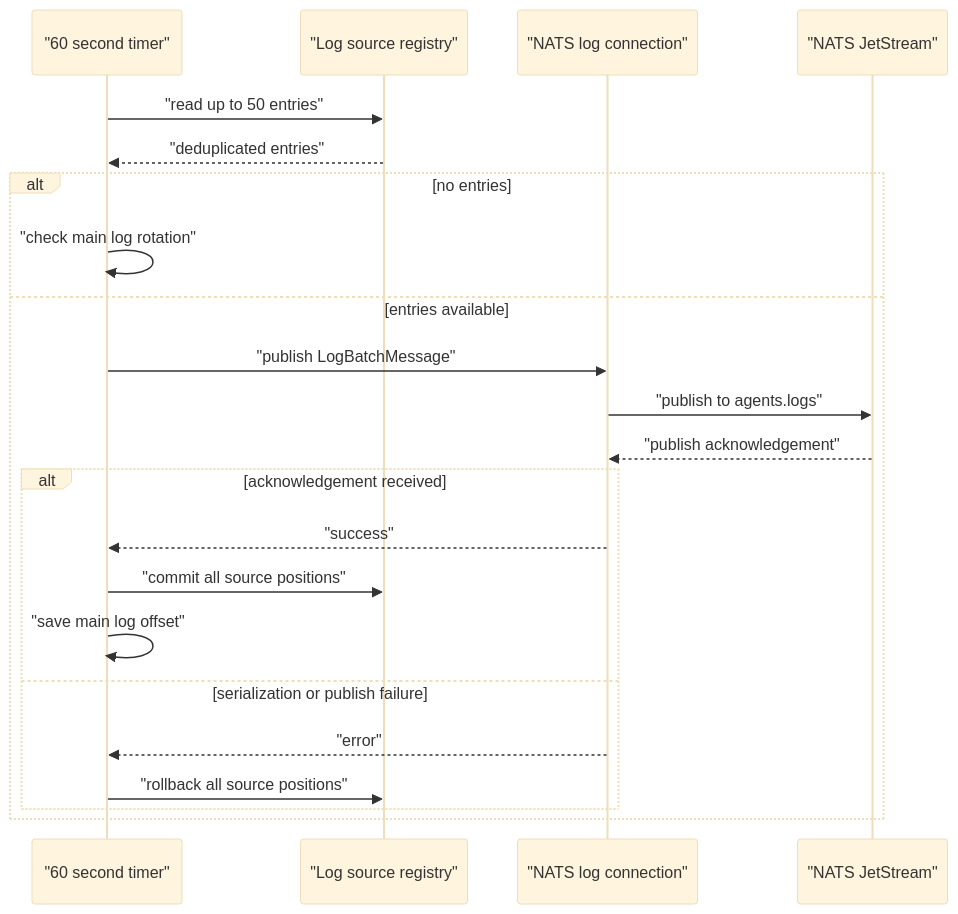
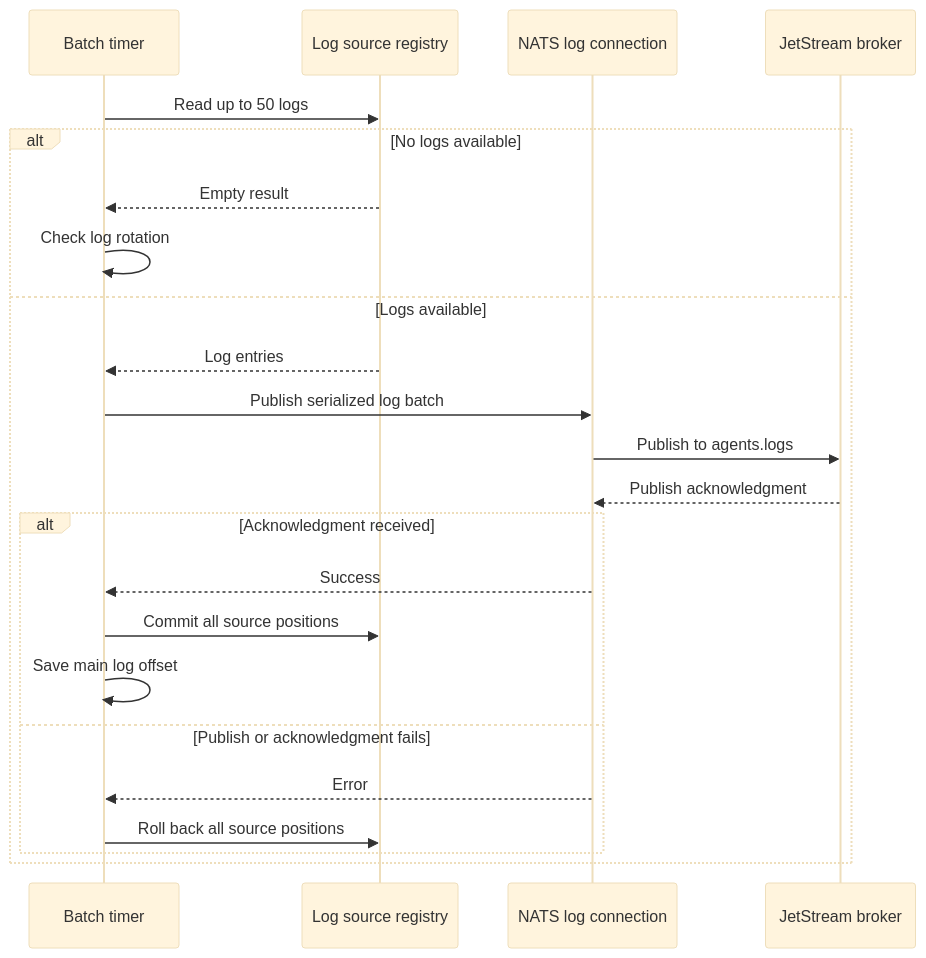
Before and after one commit to flamingo-stack/openframe-oss-tenant: the second of 3 diagrams in docs/reference/architecture/openframe-client-core/logging-nats-streaming/logging-nats-streaming.md, drawn with Mermaid (base theme). The commit also changed other lines of this file and 2377 other files, not shown here.

````diff
--- a/docs/reference/architecture/openframe-client-core/logging-nats-streaming/logging-nats-streaming.md
+++ b/docs/reference/architecture/openframe-client-core/logging-nats-streaming/logging-nats-streaming.md
@@ -80,24 +88,25 @@
 ```mermaid
 sequenceDiagram
-    participant Timer as "60 second timer"
-    participant Registry as "Log source registry"
-    participant Connection as "NATS log connection"
-    participant Broker as "NATS JetStream"
-    Timer->>Registry: "read up to 50 entries"
-    Registry-->>Timer: "deduplicated entries"
-    alt no entries
-        Timer->>Timer: "check main log rotation"
-    else entries available
-        Timer->>Connection: "publish LogBatchMessage"
-        Connection->>Broker: "publish to agents.logs"
-        Broker-->>Connection: "publish acknowledgement"
-        alt acknowledgement received
-            Connection-->>Timer: "success"
-            Timer->>Registry: "commit all source positions"
-            Timer->>Timer: "save main log offset"
-        else serialization or publish failure
-            Connection-->>Timer: "error"
-            Timer->>Registry: "rollback all source positions"
+    participant Timer as Batch timer
+    participant Registry as Log source registry
+    participant Connection as NATS log connection
+    participant Broker as JetStream broker
+    Timer->>Registry: Read up to 50 logs
+    alt No logs available
+        Registry-->>Timer: Empty result
+        Timer->>Timer: Check log rotation
+    else Logs available
+        Registry-->>Timer: Log entries
+        Timer->>Connection: Publish serialized log batch
+        Connection->>Broker: Publish to agents.logs
+        Broker-->>Connection: Publish acknowledgment
+        alt Acknowledgment received
+            Connection-->>Timer: Success
+            Timer->>Registry: Commit all source positions
+            Timer->>Timer: Save main log offset
+        else Publish or acknowledgment fails
+            Connection-->>Timer: Error
+            Timer->>Registry: Roll back all source positions
         end
     end
 ```
````
